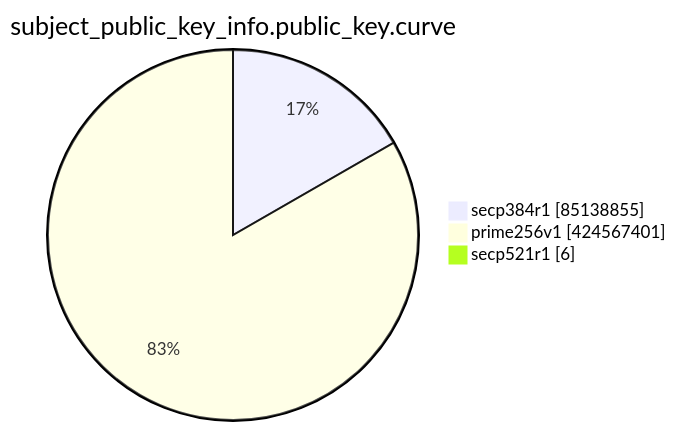
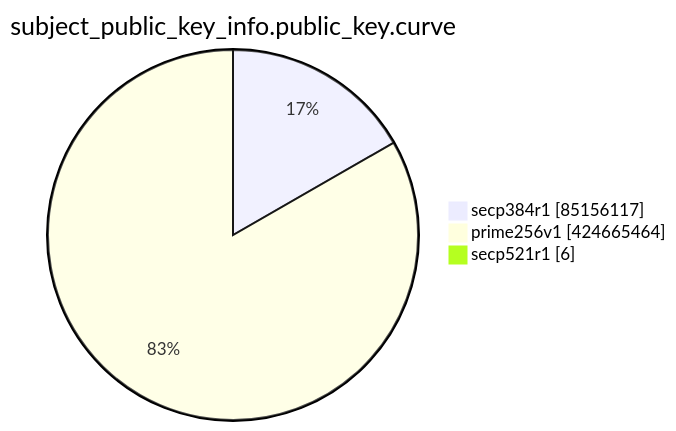
Before and after one commit to christiankrug/ctmonitor_visualization: the eighth of 15 diagrams in TOTAL/README.md, drawn with Mermaid. The commit also changed other lines of this file, not shown here.

````diff
--- a/TOTAL/README.md
+++ b/TOTAL/README.md
@@ -3100,7 +3100,7 @@
 ```mermaid
 pie showData
 title subject_public_key_info.public_key.curve
-"secp384r1" :85138855
-"prime256v1" :424567401
+"secp384r1" :85156117
+"prime256v1" :424665464
 "secp521r1" :6
 ```
````
